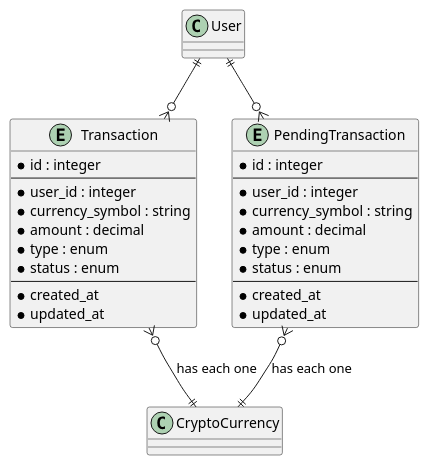
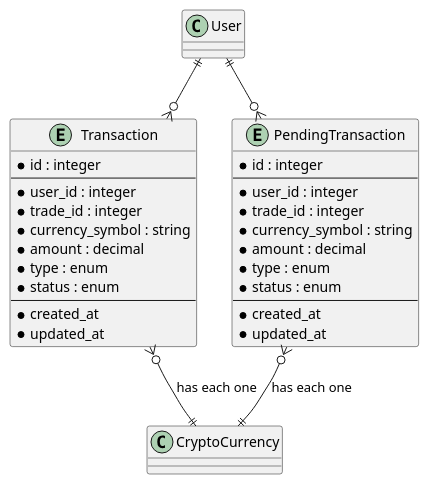
Before and after one commit to xemoe/xemoe-exchange-app: the diagram in design/diagrams/er/Users_Transaction.puml, drawn with PlantUML. The commit also changed 4 other files, not shown here.

Commit message:
design: fixes diagrams

```diff
--- a/design/diagrams/er/Users_Transaction.puml
+++ b/design/diagrams/er/Users_Transaction.puml
@@ -1,36 +1,40 @@
 @startuml
 
 entity Transaction {
     * id : integer
     --
     * user_id : integer
+    * trade_id : integer
     * currency_symbol : string
     * amount : decimal
     * type : enum
     * status : enum
     --
     * created_at
     * updated_at
 }
 
 entity PendingTransaction {
     * id : integer
     --
     * user_id : integer
+    * trade_id : integer
     * currency_symbol : string
     * amount : decimal
     * type : enum
     * status : enum
     --
     * created_at
     * updated_at
 }
 
 ' Relationships
 
 User ||--o{ Transaction
 User ||--o{ PendingTransaction
+
 Transaction }o--|| CryptoCurrency : has each one
 PendingTransaction }o--|| CryptoCurrency : has each one
 
+
 @enduml
```
